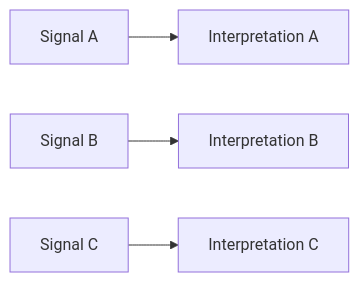
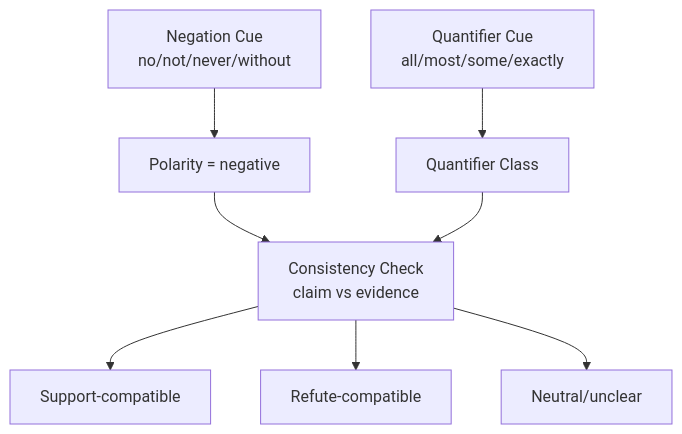
One commit to Luxia-AI/docs changed the fourth of 5 diagrams in methodology/figures/02-intake-and-claim-understanding-pack.md. Above: the diagram before and after it, drawn with Mermaid. The commit also changed other lines of this file and 9 other files, not shown here.

First line of the commit message:
Refactor methodology figures with updated Mermaid diagrams and enhanced clarity across multiple packs. Key changes include:

````diff
--- a/methodology/figures/02-intake-and-claim-understanding-pack.md
+++ b/methodology/figures/02-intake-and-claim-understanding-pack.md
@@ -102,6 +118,13 @@
 ```mermaid
-flowchart LR
-    A[Signal A] --> B[Interpretation A]
-    C[Signal B] --> D[Interpretation B]
-    E[Signal C] --> F[Interpretation C]
+flowchart TB
+  N[Negation Cue
+no/not/never/without] --> PN[Polarity = negative]
+  Q[Quantifier Cue
+all/most/some/exactly] --> QN[Quantifier Class]
+  PN --> C[Consistency Check
+claim vs evidence]
+  QN --> C
+  C --> S1[Support-compatible]
+  C --> S2[Refute-compatible]
+  C --> S3[Neutral/unclear]
 ```
````
